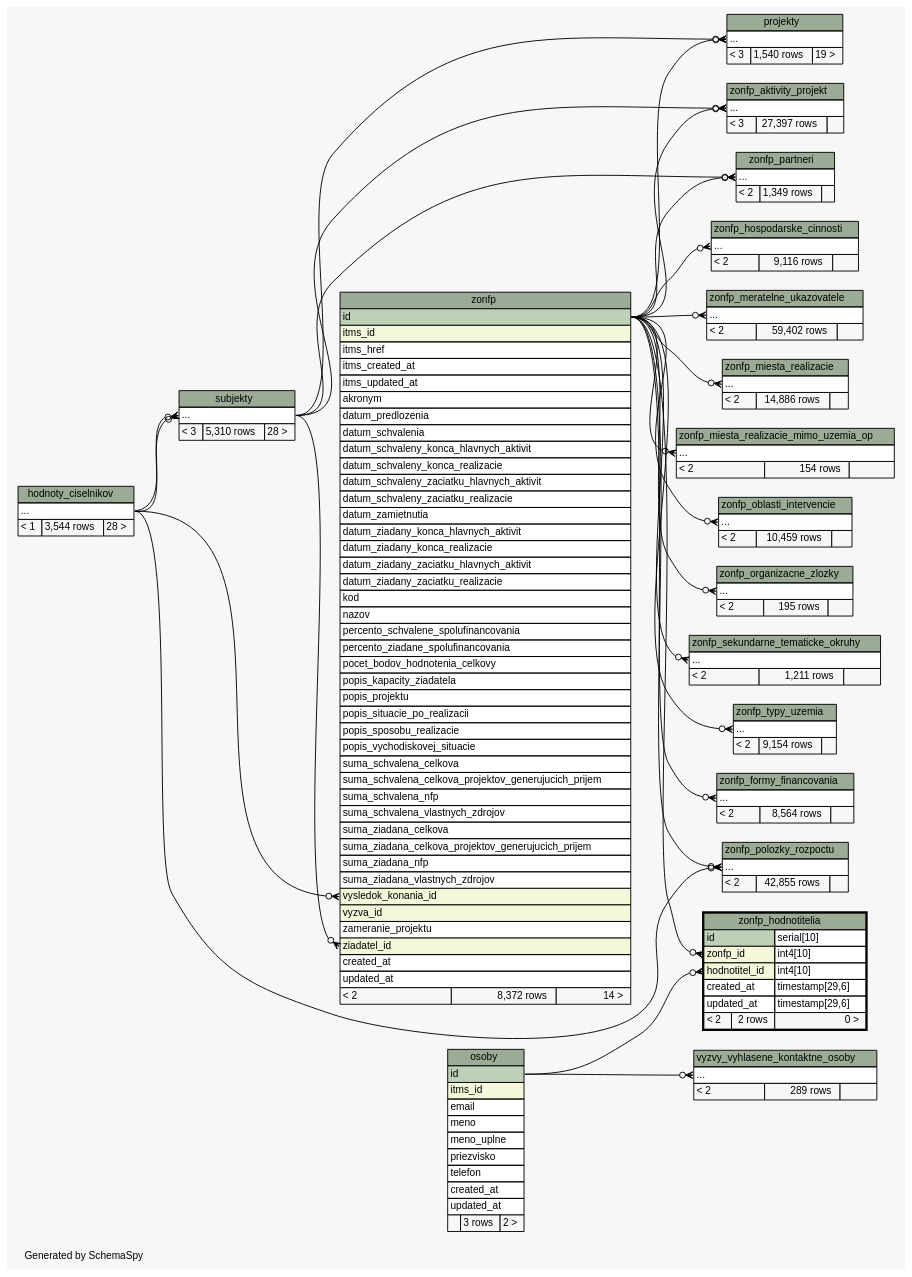
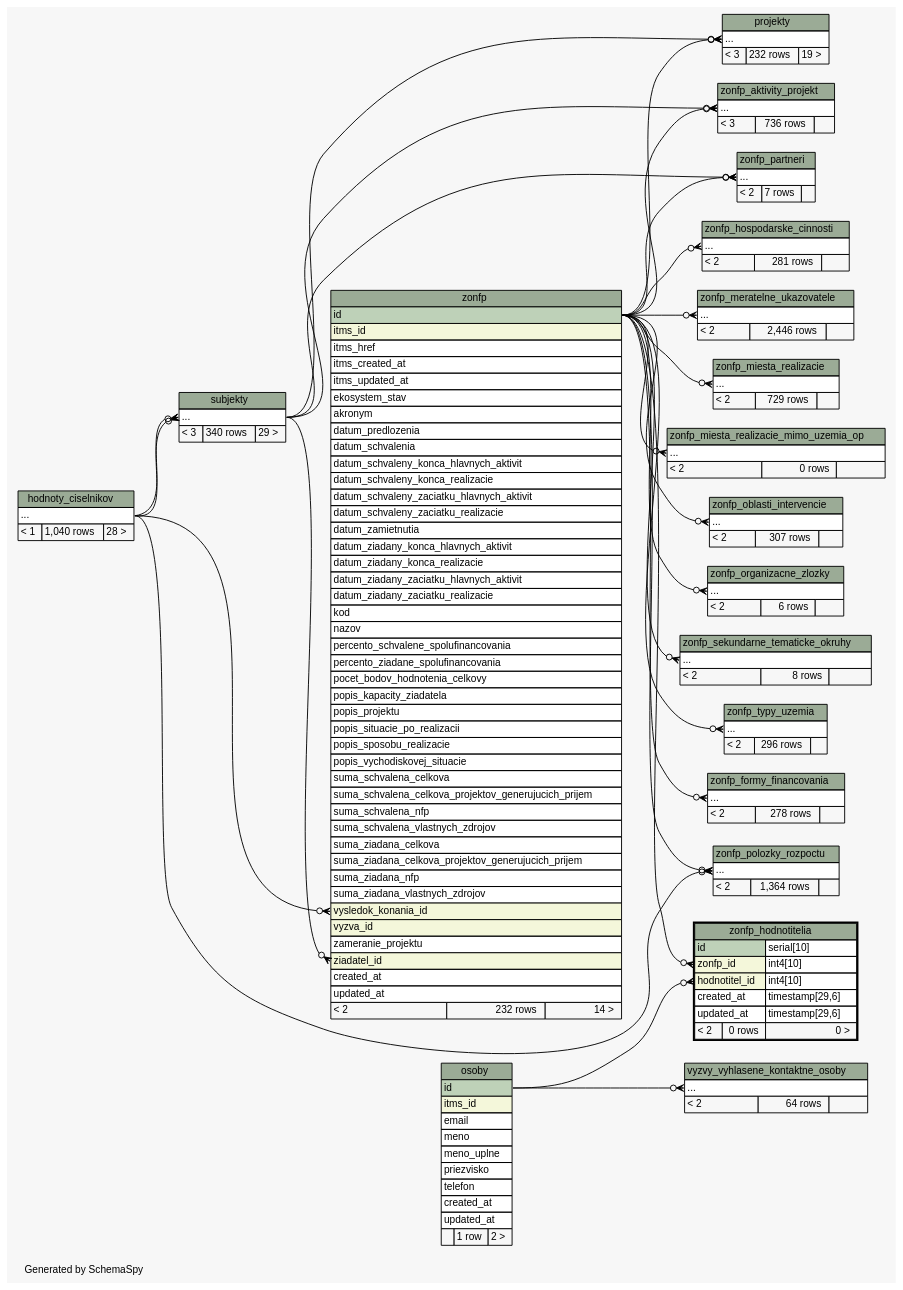
One commit to eronisko/itms_schema changed the diagram in diagrams/zonfp_hodnotitelia.2degrees.dot. Above: the diagram before and after it, drawn with Graphviz. The commit also changed 473 other files, not shown here.

Commit message:
Reload schema data

```diff
--- a/diagrams/zonfp_hodnotitelia.2degrees.dot
+++ b/diagrams/zonfp_hodnotitelia.2degrees.dot
@@ -48,7 +48,7 @@
     <TABLE BORDER="0" CELLBORDER="1" CELLSPACING="0" BGCOLOR="#ffffff">
       <TR><TD COLSPAN="3" BGCOLOR="#9bab96" ALIGN="CENTER">hodnoty_ciselnikov</TD></TR>
       <TR><TD PORT="elipses" COLSPAN="3" ALIGN="LEFT">...</TD></TR>
-      <TR><TD ALIGN="LEFT" BGCOLOR="#f7f7f7">&lt; 1</TD><TD ALIGN="RIGHT" BGCOLOR="#f7f7f7">3,544 rows</TD><TD ALIGN="RIGHT" BGCOLOR="#f7f7f7">28 &gt;</TD></TR>
+      <TR><TD ALIGN="LEFT" BGCOLOR="#f7f7f7">&lt; 1</TD><TD ALIGN="RIGHT" BGCOLOR="#f7f7f7">1,040 rows</TD><TD ALIGN="RIGHT" BGCOLOR="#f7f7f7">28 &gt;</TD></TR>
     </TABLE>>
     URL="hodnoty_ciselnikov.html"
     tooltip="hodnoty_ciselnikov"
@@ -66,7 +66,7 @@
       <TR><TD PORT="telefon" COLSPAN="3" ALIGN="LEFT">telefon</TD></TR>
       <TR><TD PORT="created_at" COLSPAN="3" ALIGN="LEFT">created_at</TD></TR>
       <TR><TD PORT="updated_at" COLSPAN="3" ALIGN="LEFT">updated_at</TD></TR>
-      <TR><TD ALIGN="LEFT" BGCOLOR="#f7f7f7">  </TD><TD ALIGN="RIGHT" BGCOLOR="#f7f7f7">3 rows</TD><TD ALIGN="RIGHT" BGCOLOR="#f7f7f7">2 &gt;</TD></TR>
+      <TR><TD ALIGN="LEFT" BGCOLOR="#f7f7f7">  </TD><TD ALIGN="RIGHT" BGCOLOR="#f7f7f7">1 row</TD><TD ALIGN="RIGHT" BGCOLOR="#f7f7f7">2 &gt;</TD></TR>
     </TABLE>>
     URL="osoby.html"
     tooltip="osoby"
@@ -76,7 +76,7 @@
     <TABLE BORDER="0" CELLBORDER="1" CELLSPACING="0" BGCOLOR="#ffffff">
       <TR><TD COLSPAN="3" BGCOLOR="#9bab96" ALIGN="CENTER">projekty</TD></TR>
       <TR><TD PORT="elipses" COLSPAN="3" ALIGN="LEFT">...</TD></TR>
-      <TR><TD ALIGN="LEFT" BGCOLOR="#f7f7f7">&lt; 3</TD><TD ALIGN="RIGHT" BGCOLOR="#f7f7f7">1,540 rows</TD><TD ALIGN="RIGHT" BGCOLOR="#f7f7f7">19 &gt;</TD></TR>
+      <TR><TD ALIGN="LEFT" BGCOLOR="#f7f7f7">&lt; 3</TD><TD ALIGN="RIGHT" BGCOLOR="#f7f7f7">232 rows</TD><TD ALIGN="RIGHT" BGCOLOR="#f7f7f7">19 &gt;</TD></TR>
     </TABLE>>
     URL="projekty.html"
     tooltip="projekty"
@@ -86,7 +86,7 @@
     <TABLE BORDER="0" CELLBORDER="1" CELLSPACING="0" BGCOLOR="#ffffff">
       <TR><TD COLSPAN="3" BGCOLOR="#9bab96" ALIGN="CENTER">subjekty</TD></TR>
       <TR><TD PORT="elipses" COLSPAN="3" ALIGN="LEFT">...</TD></TR>
-      <TR><TD ALIGN="LEFT" BGCOLOR="#f7f7f7">&lt; 3</TD><TD ALIGN="RIGHT" BGCOLOR="#f7f7f7">5,310 rows</TD><TD ALIGN="RIGHT" BGCOLOR="#f7f7f7">28 &gt;</TD></TR>
+      <TR><TD ALIGN="LEFT" BGCOLOR="#f7f7f7">&lt; 3</TD><TD ALIGN="RIGHT" BGCOLOR="#f7f7f7">340 rows</TD><TD ALIGN="RIGHT" BGCOLOR="#f7f7f7">29 &gt;</TD></TR>
     </TABLE>>
     URL="subjekty.html"
     tooltip="subjekty"
@@ -96,7 +96,7 @@
     <TABLE BORDER="0" CELLBORDER="1" CELLSPACING="0" BGCOLOR="#ffffff">
       <TR><TD COLSPAN="3" BGCOLOR="#9bab96" ALIGN="CENTER">vyzvy_vyhlasene_kontaktne_osoby</TD></TR>
       <TR><TD PORT="elipses" COLSPAN="3" ALIGN="LEFT">...</TD></TR>
-      <TR><TD ALIGN="LEFT" BGCOLOR="#f7f7f7">&lt; 2</TD><TD ALIGN="RIGHT" BGCOLOR="#f7f7f7">289 rows</TD><TD ALIGN="RIGHT" BGCOLOR="#f7f7f7">  </TD></TR>
+      <TR><TD ALIGN="LEFT" BGCOLOR="#f7f7f7">&lt; 2</TD><TD ALIGN="RIGHT" BGCOLOR="#f7f7f7">64 rows</TD><TD ALIGN="RIGHT" BGCOLOR="#f7f7f7">  </TD></TR>
     </TABLE>>
     URL="vyzvy_vyhlasene_kontaktne_osoby.html"
     tooltip="vyzvy_vyhlasene_kontaktne_osoby"
@@ -110,6 +110,7 @@
       <TR><TD PORT="itms_href" COLSPAN="3" ALIGN="LEFT">itms_href</TD></TR>
       <TR><TD PORT="itms_created_at" COLSPAN="3" ALIGN="LEFT">itms_created_at</TD></TR>
       <TR><TD PORT="itms_updated_at" COLSPAN="3" ALIGN="LEFT">itms_updated_at</TD></TR>
+      <TR><TD PORT="ekosystem_stav" COLSPAN="3" ALIGN="LEFT">ekosystem_stav</TD></TR>
       <TR><TD PORT="akronym" COLSPAN="3" ALIGN="LEFT">akronym</TD></TR>
       <TR><TD PORT="datum_predlozenia" COLSPAN="3" ALIGN="LEFT">datum_predlozenia</TD></TR>
       <TR><TD PORT="datum_schvalenia" COLSPAN="3" ALIGN="LEFT">datum_schvalenia</TD></TR>
@@ -146,7 +147,7 @@
       <TR><TD PORT="ziadatel_id" COLSPAN="3" BGCOLOR="#f4f7da" ALIGN="LEFT">ziadatel_id</TD></TR>
       <TR><TD PORT="created_at" COLSPAN="3" ALIGN="LEFT">created_at</TD></TR>
       <TR><TD PORT="updated_at" COLSPAN="3" ALIGN="LEFT">updated_at</TD></TR>
-      <TR><TD ALIGN="LEFT" BGCOLOR="#f7f7f7">&lt; 2</TD><TD ALIGN="RIGHT" BGCOLOR="#f7f7f7">8,372 rows</TD><TD ALIGN="RIGHT" BGCOLOR="#f7f7f7">14 &gt;</TD></TR>
+      <TR><TD ALIGN="LEFT" BGCOLOR="#f7f7f7">&lt; 2</TD><TD ALIGN="RIGHT" BGCOLOR="#f7f7f7">232 rows</TD><TD ALIGN="RIGHT" BGCOLOR="#f7f7f7">14 &gt;</TD></TR>
     </TABLE>>
     URL="zonfp.html"
     tooltip="zonfp"
@@ -156,7 +157,7 @@
     <TABLE BORDER="0" CELLBORDER="1" CELLSPACING="0" BGCOLOR="#ffffff">
       <TR><TD COLSPAN="3" BGCOLOR="#9bab96" ALIGN="CENTER">zonfp_aktivity_projekt</TD></TR>
       <TR><TD PORT="elipses" COLSPAN="3" ALIGN="LEFT">...</TD></TR>
-      <TR><TD ALIGN="LEFT" BGCOLOR="#f7f7f7">&lt; 3</TD><TD ALIGN="RIGHT" BGCOLOR="#f7f7f7">27,397 rows</TD><TD ALIGN="RIGHT" BGCOLOR="#f7f7f7">  </TD></TR>
+      <TR><TD ALIGN="LEFT" BGCOLOR="#f7f7f7">&lt; 3</TD><TD ALIGN="RIGHT" BGCOLOR="#f7f7f7">736 rows</TD><TD ALIGN="RIGHT" BGCOLOR="#f7f7f7">  </TD></TR>
     </TABLE>>
     URL="zonfp_aktivity_projekt.html"
     tooltip="zonfp_aktivity_projekt"
@@ -166,7 +167,7 @@
     <TABLE BORDER="0" CELLBORDER="1" CELLSPACING="0" BGCOLOR="#ffffff">
       <TR><TD COLSPAN="3" BGCOLOR="#9bab96" ALIGN="CENTER">zonfp_formy_financovania</TD></TR>
       <TR><TD PORT="elipses" COLSPAN="3" ALIGN="LEFT">...</TD></TR>
-      <TR><TD ALIGN="LEFT" BGCOLOR="#f7f7f7">&lt; 2</TD><TD ALIGN="RIGHT" BGCOLOR="#f7f7f7">8,564 rows</TD><TD ALIGN="RIGHT" BGCOLOR="#f7f7f7">  </TD></TR>
+      <TR><TD ALIGN="LEFT" BGCOLOR="#f7f7f7">&lt; 2</TD><TD ALIGN="RIGHT" BGCOLOR="#f7f7f7">278 rows</TD><TD ALIGN="RIGHT" BGCOLOR="#f7f7f7">  </TD></TR>
     </TABLE>>
     URL="zonfp_formy_financovania.html"
     tooltip="zonfp_formy_financovania"
@@ -180,7 +181,7 @@
       <TR><TD PORT="hodnotitel_id" COLSPAN="2" BGCOLOR="#f4f7da" ALIGN="LEFT">hodnotitel_id</TD><TD PORT="hodnotitel_id.type" ALIGN="LEFT">int4[10]</TD></TR>
       <TR><TD PORT="created_at" COLSPAN="2" ALIGN="LEFT">created_at</TD><TD PORT="created_at.type" ALIGN="LEFT">timestamp[29,6]</TD></TR>
       <TR><TD PORT="updated_at" COLSPAN="2" ALIGN="LEFT">updated_at</TD><TD PORT="updated_at.type" ALIGN="LEFT">timestamp[29,6]</TD></TR>
-      <TR><TD ALIGN="LEFT" BGCOLOR="#f7f7f7">&lt; 2</TD><TD ALIGN="RIGHT" BGCOLOR="#f7f7f7">2 rows</TD><TD ALIGN="RIGHT" BGCOLOR="#f7f7f7">0 &gt;</TD></TR>
+      <TR><TD ALIGN="LEFT" BGCOLOR="#f7f7f7">&lt; 2</TD><TD ALIGN="RIGHT" BGCOLOR="#f7f7f7">0 rows</TD><TD ALIGN="RIGHT" BGCOLOR="#f7f7f7">0 &gt;</TD></TR>
     </TABLE>>
     URL="zonfp_hodnotitelia.html"
     tooltip="zonfp_hodnotitelia"
@@ -190,7 +191,7 @@
     <TABLE BORDER="0" CELLBORDER="1" CELLSPACING="0" BGCOLOR="#ffffff">
       <TR><TD COLSPAN="3" BGCOLOR="#9bab96" ALIGN="CENTER">zonfp_hospodarske_cinnosti</TD></TR>
       <TR><TD PORT="elipses" COLSPAN="3" ALIGN="LEFT">...</TD></TR>
-      <TR><TD ALIGN="LEFT" BGCOLOR="#f7f7f7">&lt; 2</TD><TD ALIGN="RIGHT" BGCOLOR="#f7f7f7">9,116 rows</TD><TD ALIGN="RIGHT" BGCOLOR="#f7f7f7">  </TD></TR>
+      <TR><TD ALIGN="LEFT" BGCOLOR="#f7f7f7">&lt; 2</TD><TD ALIGN="RIGHT" BGCOLOR="#f7f7f7">281 rows</TD><TD ALIGN="RIGHT" BGCOLOR="#f7f7f7">  </TD></TR>
     </TABLE>>
     URL="zonfp_hospodarske_cinnosti.html"
     tooltip="zonfp_hospodarske_cinnosti"
@@ -200,7 +201,7 @@
     <TABLE BORDER="0" CELLBORDER="1" CELLSPACING="0" BGCOLOR="#ffffff">
       <TR><TD COLSPAN="3" BGCOLOR="#9bab96" ALIGN="CENTER">zonfp_meratelne_ukazovatele</TD></TR>
       <TR><TD PORT="elipses" COLSPAN="3" ALIGN="LEFT">...</TD></TR>
-      <TR><TD ALIGN="LEFT" BGCOLOR="#f7f7f7">&lt; 2</TD><TD ALIGN="RIGHT" BGCOLOR="#f7f7f7">59,402 rows</TD><TD ALIGN="RIGHT" BGCOLOR="#f7f7f7">  </TD></TR>
+      <TR><TD ALIGN="LEFT" BGCOLOR="#f7f7f7">&lt; 2</TD><TD ALIGN="RIGHT" BGCOLOR="#f7f7f7">2,446 rows</TD><TD ALIGN="RIGHT" BGCOLOR="#f7f7f7">  </TD></TR>
     </TABLE>>
     URL="zonfp_meratelne_ukazovatele.html"
     tooltip="zonfp_meratelne_ukazovatele"
@@ -210,7 +211,7 @@
     <TABLE BORDER="0" CELLBORDER="1" CELLSPACING="0" BGCOLOR="#ffffff">
       <TR><TD COLSPAN="3" BGCOLOR="#9bab96" ALIGN="CENTER">zonfp_miesta_realizacie</TD></TR>
       <TR><TD PORT="elipses" COLSPAN="3" ALIGN="LEFT">...</TD></TR>
-      <TR><TD ALIGN="LEFT" BGCOLOR="#f7f7f7">&lt; 2</TD><TD ALIGN="RIGHT" BGCOLOR="#f7f7f7">14,886 rows</TD><TD ALIGN="RIGHT" BGCOLOR="#f7f7f7">  </TD></TR>
+      <TR><TD ALIGN="LEFT" BGCOLOR="#f7f7f7">&lt; 2</TD><TD ALIGN="RIGHT" BGCOLOR="#f7f7f7">729 rows</TD><TD ALIGN="RIGHT" BGCOLOR="#f7f7f7">  </TD></TR>
     </TABLE>>
     URL="zonfp_miesta_realizacie.html"
     tooltip="zonfp_miesta_realizacie"
@@ -220,7 +221,7 @@
     <TABLE BORDER="0" CELLBORDER="1" CELLSPACING="0" BGCOLOR="#ffffff">
       <TR><TD COLSPAN="3" BGCOLOR="#9bab96" ALIGN="CENTER">zonfp_miesta_realizacie_mimo_uzemia_op</TD></TR>
       <TR><TD PORT="elipses" COLSPAN="3" ALIGN="LEFT">...</TD></TR>
-      <TR><TD ALIGN="LEFT" BGCOLOR="#f7f7f7">&lt; 2</TD><TD ALIGN="RIGHT" BGCOLOR="#f7f7f7">154 rows</TD><TD ALIGN="RIGHT" BGCOLOR="#f7f7f7">  </TD></TR>
+      <TR><TD ALIGN="LEFT" BGCOLOR="#f7f7f7">&lt; 2</TD><TD ALIGN="RIGHT" BGCOLOR="#f7f7f7">0 rows</TD><TD ALIGN="RIGHT" BGCOLOR="#f7f7f7">  </TD></TR>
     </TABLE>>
     URL="zonfp_miesta_realizacie_mimo_uzemia_op.html"
     tooltip="zonfp_miesta_realizacie_mimo_uzemia_op"
@@ -230,7 +231,7 @@
     <TABLE BORDER="0" CELLBORDER="1" CELLSPACING="0" BGCOLOR="#ffffff">
       <TR><TD COLSPAN="3" BGCOLOR="#9bab96" ALIGN="CENTER">zonfp_oblasti_intervencie</TD></TR>
       <TR><TD PORT="elipses" COLSPAN="3" ALIGN="LEFT">...</TD></TR>
-      <TR><TD ALIGN="LEFT" BGCOLOR="#f7f7f7">&lt; 2</TD><TD ALIGN="RIGHT" BGCOLOR="#f7f7f7">10,459 rows</TD><TD ALIGN="RIGHT" BGCOLOR="#f7f7f7">  </TD></TR>
+      <TR><TD ALIGN="LEFT" BGCOLOR="#f7f7f7">&lt; 2</TD><TD ALIGN="RIGHT" BGCOLOR="#f7f7f7">307 rows</TD><TD ALIGN="RIGHT" BGCOLOR="#f7f7f7">  </TD></TR>
     </TABLE>>
     URL="zonfp_oblasti_intervencie.html"
     tooltip="zonfp_oblasti_intervencie"
@@ -240,7 +241,7 @@
     <TABLE BORDER="0" CELLBORDER="1" CELLSPACING="0" BGCOLOR="#ffffff">
       <TR><TD COLSPAN="3" BGCOLOR="#9bab96" ALIGN="CENTER">zonfp_organizacne_zlozky</TD></TR>
       <TR><TD PORT="elipses" COLSPAN="3" ALIGN="LEFT">...</TD></TR>
-      <TR><TD ALIGN="LEFT" BGCOLOR="#f7f7f7">&lt; 2</TD><TD ALIGN="RIGHT" BGCOLOR="#f7f7f7">195 rows</TD><TD ALIGN="RIGHT" BGCOLOR="#f7f7f7">  </TD></TR>
+      <TR><TD ALIGN="LEFT" BGCOLOR="#f7f7f7">&lt; 2</TD><TD ALIGN="RIGHT" BGCOLOR="#f7f7f7">6 rows</TD><TD ALIGN="RIGHT" BGCOLOR="#f7f7f7">  </TD></TR>
     </TABLE>>
     URL="zonfp_organizacne_zlozky.html"
     tooltip="zonfp_organizacne_zlozky"
@@ -250,7 +251,7 @@
     <TABLE BORDER="0" CELLBORDER="1" CELLSPACING="0" BGCOLOR="#ffffff">
       <TR><TD COLSPAN="3" BGCOLOR="#9bab96" ALIGN="CENTER">zonfp_partneri</TD></TR>
       <TR><TD PORT="elipses" COLSPAN="3" ALIGN="LEFT">...</TD></TR>
-      <TR><TD ALIGN="LEFT" BGCOLOR="#f7f7f7">&lt; 2</TD><TD ALIGN="RIGHT" BGCOLOR="#f7f7f7">1,349 rows</TD><TD ALIGN="RIGHT" BGCOLOR="#f7f7f7">  </TD></TR>
+      <TR><TD ALIGN="LEFT" BGCOLOR="#f7f7f7">&lt; 2</TD><TD ALIGN="RIGHT" BGCOLOR="#f7f7f7">7 rows</TD><TD ALIGN="RIGHT" BGCOLOR="#f7f7f7">  </TD></TR>
     </TABLE>>
     URL="zonfp_partneri.html"
     tooltip="zonfp_partneri"
@@ -260,7 +261,7 @@
     <TABLE BORDER="0" CELLBORDER="1" CELLSPACING="0" BGCOLOR="#ffffff">
       <TR><TD COLSPAN="3" BGCOLOR="#9bab96" ALIGN="CENTER">zonfp_polozky_rozpoctu</TD></TR>
       <TR><TD PORT="elipses" COLSPAN="3" ALIGN="LEFT">...</TD></TR>
-      <TR><TD ALIGN="LEFT" BGCOLOR="#f7f7f7">&lt; 2</TD><TD ALIGN="RIGHT" BGCOLOR="#f7f7f7">42,855 rows</TD><TD ALIGN="RIGHT" BGCOLOR="#f7f7f7">  </TD></TR>
+      <TR><TD ALIGN="LEFT" BGCOLOR="#f7f7f7">&lt; 2</TD><TD ALIGN="RIGHT" BGCOLOR="#f7f7f7">1,364 rows</TD><TD ALIGN="RIGHT" BGCOLOR="#f7f7f7">  </TD></TR>
     </TABLE>>
     URL="zonfp_polozky_rozpoctu.html"
     tooltip="zonfp_polozky_rozpoctu"
@@ -270,7 +271,7 @@
     <TABLE BORDER="0" CELLBORDER="1" CELLSPACING="0" BGCOLOR="#ffffff">
       <TR><TD COLSPAN="3" BGCOLOR="#9bab96" ALIGN="CENTER">zonfp_sekundarne_tematicke_okruhy</TD></TR>
       <TR><TD PORT="elipses" COLSPAN="3" ALIGN="LEFT">...</TD></TR>
-      <TR><TD ALIGN="LEFT" BGCOLOR="#f7f7f7">&lt; 2</TD><TD ALIGN="RIGHT" BGCOLOR="#f7f7f7">1,211 rows</TD><TD ALIGN="RIGHT" BGCOLOR="#f7f7f7">  </TD></TR>
+      <TR><TD ALIGN="LEFT" BGCOLOR="#f7f7f7">&lt; 2</TD><TD ALIGN="RIGHT" BGCOLOR="#f7f7f7">8 rows</TD><TD ALIGN="RIGHT" BGCOLOR="#f7f7f7">  </TD></TR>
     </TABLE>>
     URL="zonfp_sekundarne_tematicke_okruhy.html"
     tooltip="zonfp_sekundarne_tematicke_okruhy"
@@ -280,7 +281,7 @@
     <TABLE BORDER="0" CELLBORDER="1" CELLSPACING="0" BGCOLOR="#ffffff">
       <TR><TD COLSPAN="3" BGCOLOR="#9bab96" ALIGN="CENTER">zonfp_typy_uzemia</TD></TR>
       <TR><TD PORT="elipses" COLSPAN="3" ALIGN="LEFT">...</TD></TR>
-      <TR><TD ALIGN="LEFT" BGCOLOR="#f7f7f7">&lt; 2</TD><TD ALIGN="RIGHT" BGCOLOR="#f7f7f7">9,154 rows</TD><TD ALIGN="RIGHT" BGCOLOR="#f7f7f7">  </TD></TR>
+      <TR><TD ALIGN="LEFT" BGCOLOR="#f7f7f7">&lt; 2</TD><TD ALIGN="RIGHT" BGCOLOR="#f7f7f7">296 rows</TD><TD ALIGN="RIGHT" BGCOLOR="#f7f7f7">  </TD></TR>
     </TABLE>>
     URL="zonfp_typy_uzemia.html"
     tooltip="zonfp_typy_uzemia"
```
